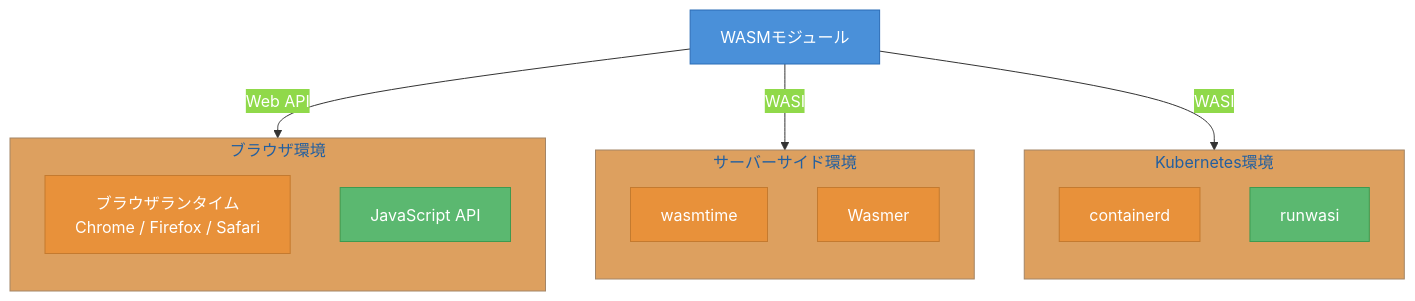
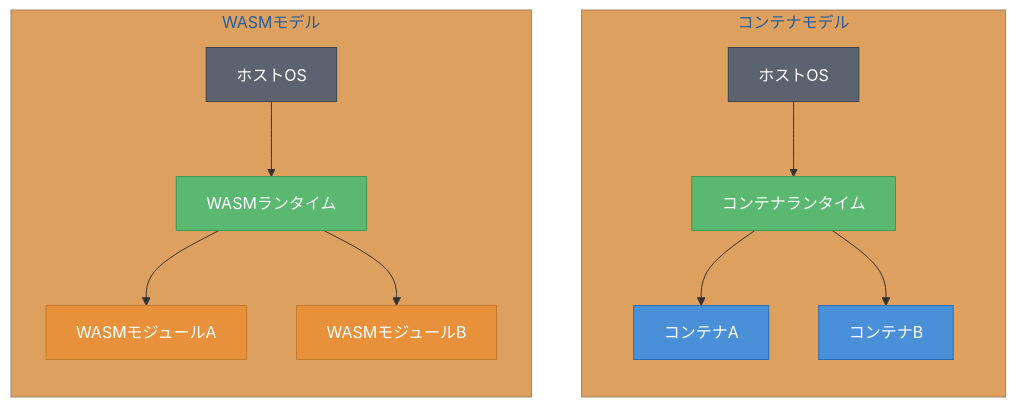
Before and after one commit to sogawa-yk/claude-code-book-write-template-test: the third of 4 diagrams in manuscript/ch01/ch01.md, drawn with Mermaid. The commit also changed other lines of this file and 29 other files, not shown here.

````diff
--- a/manuscript/ch01/ch01.md
+++ b/manuscript/ch01/ch01.md
@@ -99,32 +88,22 @@
 ```mermaid
 %%{init: {'theme': 'base', 'themeVariables': {'primaryColor': '#4A90D9', 'primaryTextColor': '#FFFFFF', 'primaryBorderColor': '#2A6CB6', 'lineColor': '#333333', 'textColor': '#1A1A1A', 'background': 'transparent'}}}%%
 graph TB
-    WASM[WASMモジュール]:::main
-
-    subgraph Browser["ブラウザ環境"]
+    subgraph CT["コンテナモデル"]
         direction TB
-        BR_RT[ブラウザランタイム\nChrome / Firefox / Safari]:::sub
-        BR_JS[JavaScript API]:::tool
+        C1[ホストOS]:::user --> C2[コンテナランタイム]:::tool
+        C2 --> C3[コンテナA]:::main
+        C2 --> C4[コンテナB]:::main
     end
 
-    subgraph Server["サーバーサイド環境"]
+    subgraph WM["WASMモデル"]
         direction TB
-        WASMTIME[wasmtime]:::sub
-        WASMER[Wasmer]:::sub
+        W1[ホストOS]:::user --> W2[WASMランタイム]:::tool
+        W2 --> W3[WASMモジュールA]:::sub
+        W2 --> W4[WASMモジュールB]:::sub
     end
-
-    subgraph K8s["Kubernetes環境"]
-        direction TB
-        CONTAINERD[containerd]:::sub
-        RUNWASI[runwasi]:::tool
-    end
-
-    WASM --> |"Web API"| Browser
-    WASM --> |"WASI"| Server
-    WASM --> |"WASI"| K8s
 
     classDef main fill:#4A90D9,stroke:#2A6CB6,color:#FFFFFF
     classDef sub fill:#E8913A,stroke:#C47A2F,color:#FFFFFF
     classDef tool fill:#5BB870,stroke:#3D9A50,color:#FFFFFF
     classDef user fill:#5C6370,stroke:#3D4450,color:#FFFFFF
 ```
````
